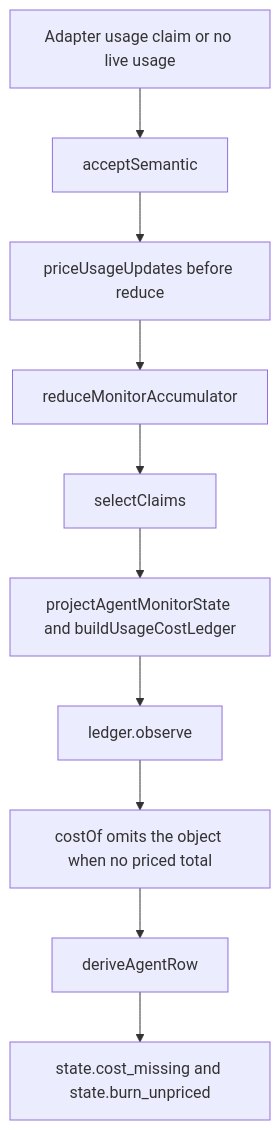
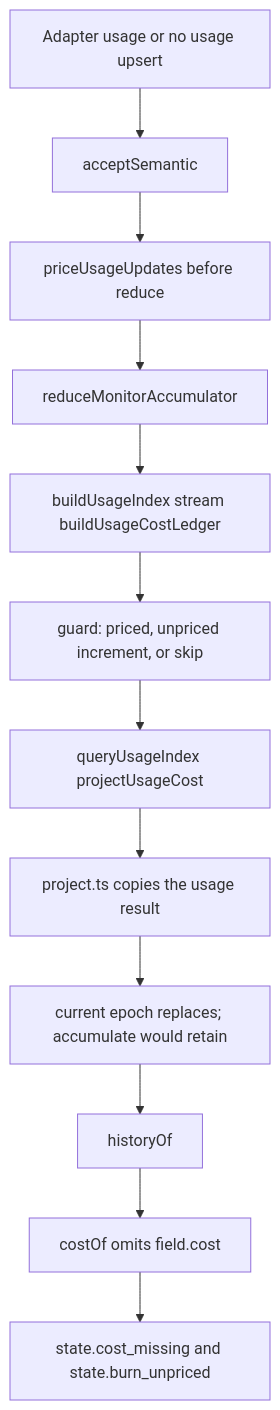
One commit to vibefield/vibefield changed the diagram in audit/godview/evidence/_gv-audit4-summary.md. Above: the diagram before and after it, drawn with Mermaid. The commit also changed other lines of this file and 45 other files, not shown here.

First line of the commit message:
GV-AUDIT4: align cost evidence with the corrected ledger chain

````diff
--- a/audit/godview/evidence/_gv-audit4-summary.md
+++ b/audit/godview/evidence/_gv-audit4-summary.md
@@ -61,12 +73,14 @@
 ```mermaid
 flowchart TD
-  A[Adapter usage claim or no live usage] --> I[acceptSemantic]
+  A[Adapter usage or no usage upsert] --> I[acceptSemantic]
   I --> P[priceUsageUpdates before reduce]
   P --> R[reduceMonitorAccumulator]
-  R --> S[selectClaims]
-  S --> J[projectAgentMonitorState and buildUsageCostLedger]
-  J --> L[ledger.observe]
-  L --> C[costOf omits the object when no priced total]
-  C --> D[deriveAgentRow]
-  D --> M[state.cost_missing and state.burn_unpriced]
+  R --> X[buildUsageIndex stream buildUsageCostLedger]
+  X --> G[guard: priced, unpriced increment, or skip]
+  G --> Q[queryUsageIndex projectUsageCost]
+  Q --> C[project.ts copies the usage result]
+  C --> E[current epoch replaces; accumulate would retain]
+  E --> H[historyOf]
+  H --> O[costOf omits field.cost]
+  O --> M[state.cost_missing and state.burn_unpriced]
 ```
````
